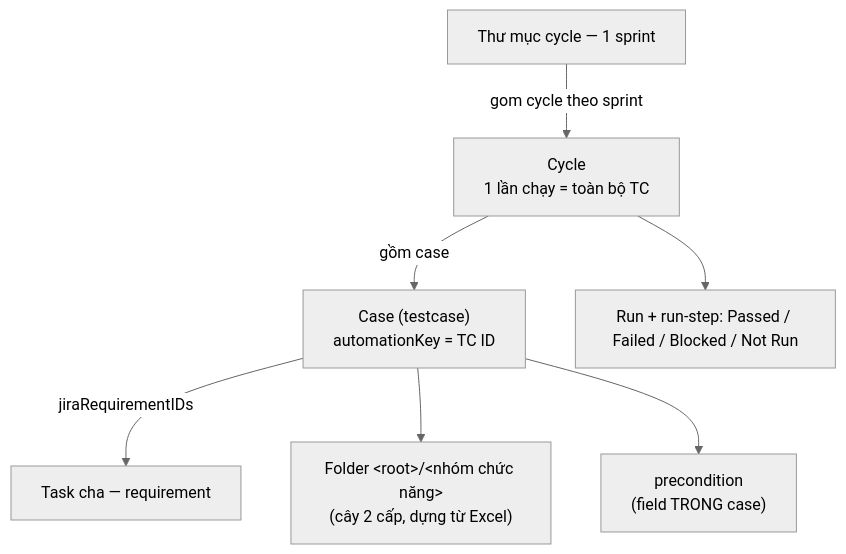
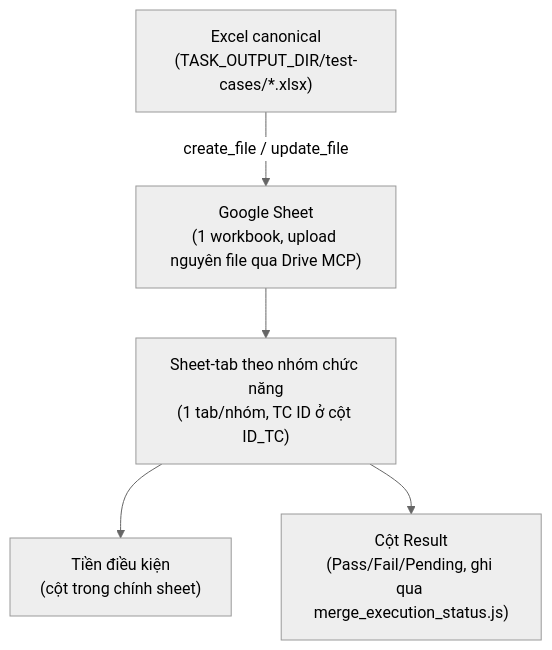
One commit to hungmanh0206/test-automation-kit-qig changed the third of 3 diagrams in README.md. Above: the diagram before and after it, drawn with Mermaid (neutral theme). The commit also changed other lines of this file and 108 other files, not shown here.

First line of the commit message:
feat(kit): migrate Jira -> Backlog, AIO Tests -> Google Sheet, sync docs

````diff
--- a/README.md
+++ b/README.md
@@ -183,17 +184,13 @@
 ```mermaid
 flowchart TD
-    Test["Case (testcase)<br/>automationKey = TC ID"]
-    Task["Task cha — requirement"]
-    Repo["Folder &lt;root&gt;/&lt;nhóm chức năng&gt;<br/>(cây 2 cấp, dựng từ Excel)"]
-    Pre["precondition<br/>(field TRONG case)"]
-    Plan["Thư mục cycle — 1 sprint"]
-    Exec["Cycle<br/>1 lần chạy = toàn bộ TC"]
-    Run["Run + run-step: Passed / Failed / Blocked / Not Run"]
+    Excel["Excel canonical<br/>(TASK_OUTPUT_DIR/test-cases/*.xlsx)"]
+    Sheet["Google Sheet<br/>(1 workbook, upload nguyên file qua Drive MCP)"]
+    Tab["Sheet-tab theo nhóm chức năng<br/>(1 tab/nhóm, TC ID ở cột ID_TC)"]
+    Pre["Tiền điều kiện<br/>(cột trong chính sheet)"]
+    Result["Cột Result<br/>(Pass/Fail/Pending, ghi qua merge_execution_status.js)"]
 
-    Test -->|"jiraRequirementIDs"| Task
-    Test --> Repo
-    Test --> Pre
-    Plan -->|"gom cycle theo sprint"| Exec
-    Exec -->|"gồm case"| Test
-    Exec --> Run
+    Excel -->|"create_file / update_file"| Sheet
+    Sheet --> Tab
+    Tab --> Pre
+    Tab --> Result
 ```
````
